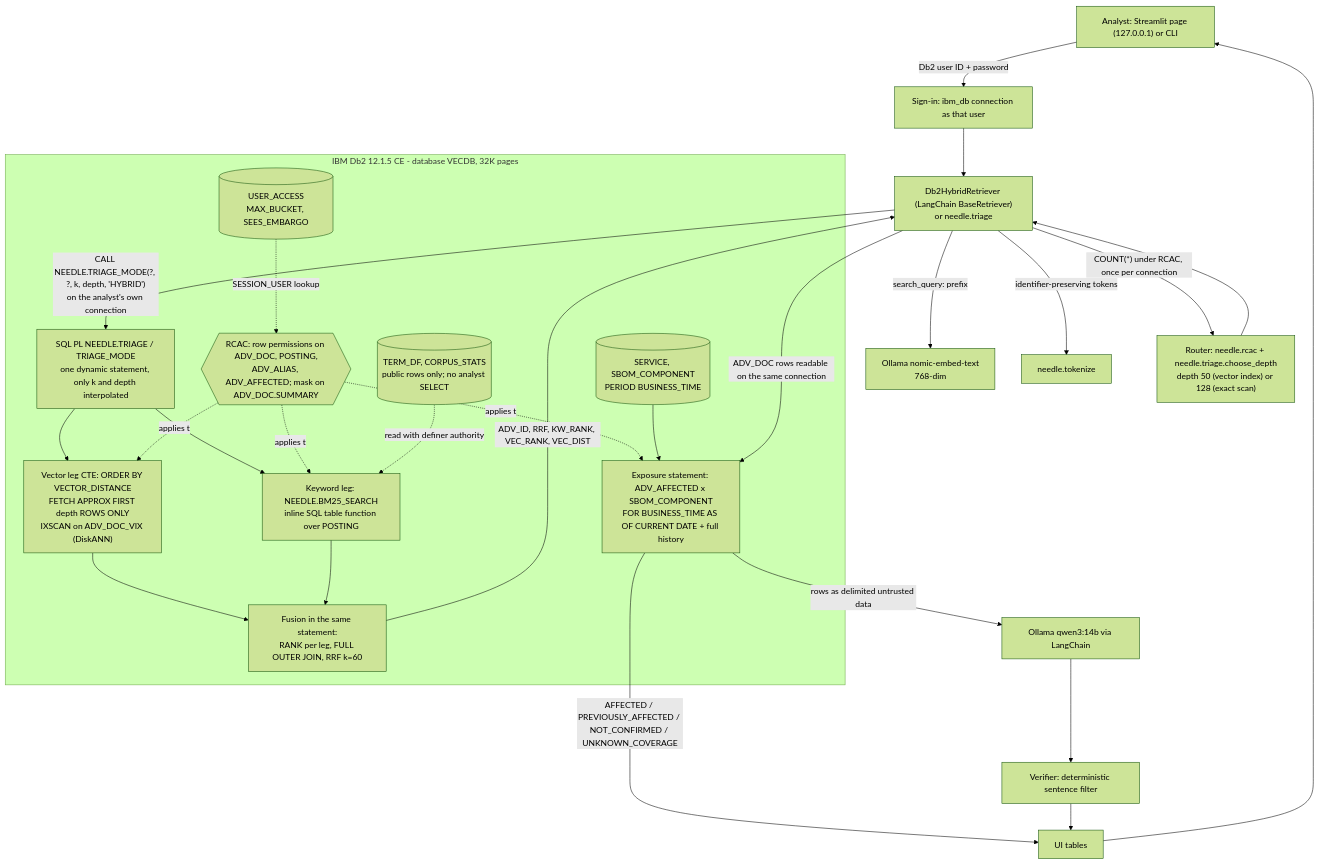
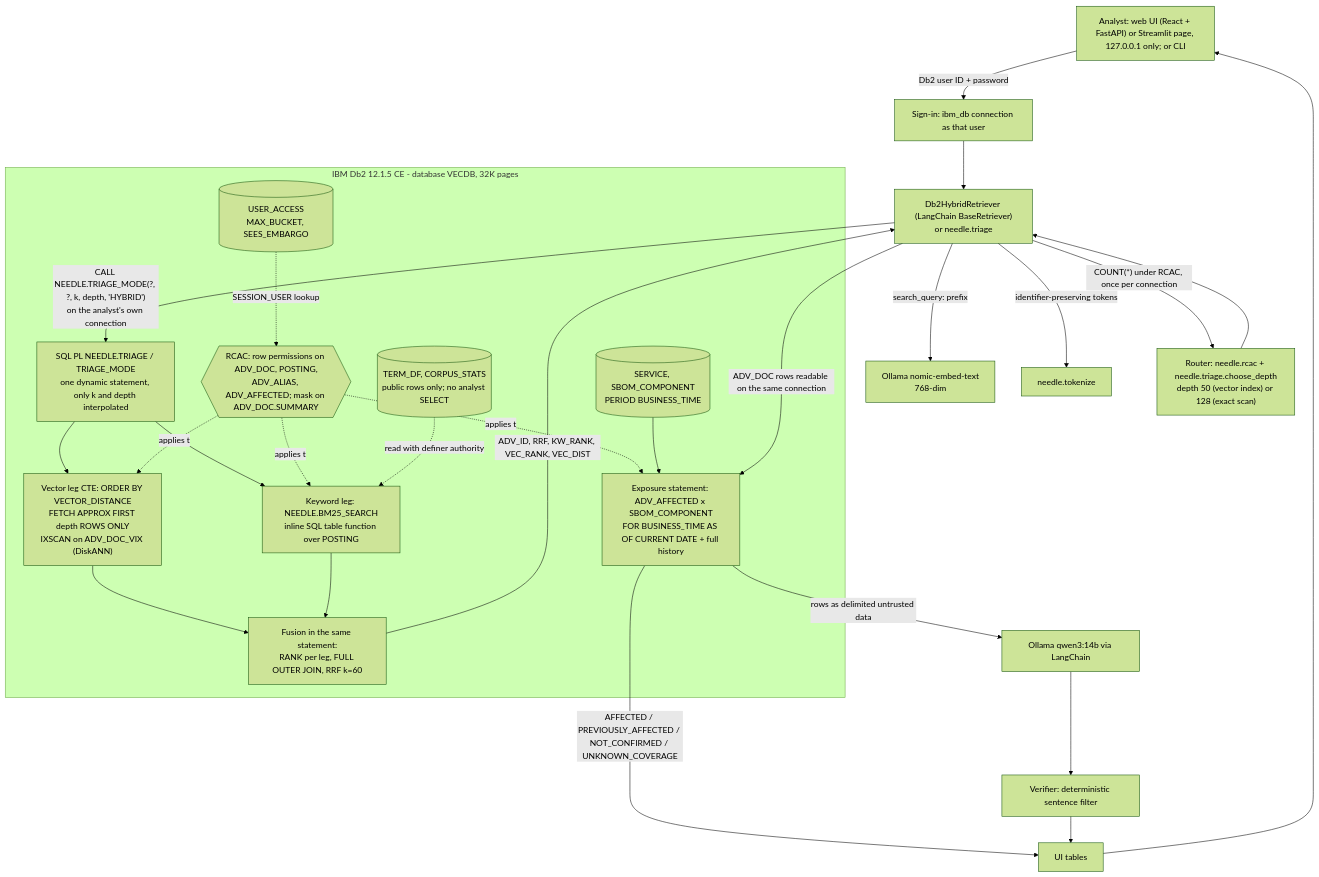
One commit to wiiqz/IBM2026 changed the first of 2 diagrams in needle/architecture.md. Above: the diagram before and after it, drawn with Mermaid (forest theme). The commit also changed other lines of this file and 11 other files, not shown here.

First line of the commit message:
feat(needle): plan-cache proof in the Finding view, phone layout, README and architecture for the web UI

````diff
--- a/needle/architecture.md
+++ b/needle/architecture.md
@@ -26,31 +26,31 @@
 ```mermaid
 graph TD
-    U["Analyst: Streamlit page (127.0.0.1) or CLI"] -->|"Db2 user ID + password"| SI["Sign-in: ibm_db connection as that user"]
+    U["Analyst: web UI (React + FastAPI) or Streamlit page, 127.0.0.1 only; or CLI"] -->|"Db2 user ID + password"| SI["Sign-in: ibm_db connection as that user"]
     SI --> R["Db2HybridRetriever (LangChain BaseRetriever)<br/>or needle.triage"]
     R -->|"search_query: prefix"| OL["Ollama nomic-embed-text<br/>768-dim"]
     R -->|"identifier-preserving tokens"| TK["needle.tokenize"]
     R -->|"COUNT(*) under RCAC, once per connection"| RT["Router: needle.rcac + needle.triage.choose_depth<br/>depth 50 (vector index) or 128 (exact scan)"]
     RT --> R
     R -->|"CALL NEEDLE.TRIAGE_MODE(?, ?, k, depth, 'HYBRID')<br/>on the analyst's own connection"| T
     subgraph DB["IBM Db2 12.1.5 CE - database VECDB, 32K pages"]
       T["SQL PL NEEDLE.TRIAGE / TRIAGE_MODE<br/>one dynamic statement, only k and depth interpolated"]
       T --> VL["Vector leg CTE: ORDER BY VECTOR_DISTANCE<br/>FETCH APPROX FIRST depth ROWS ONLY<br/>IXSCAN on ADV_DOC_VIX (DiskANN)"]
       T --> KW["Keyword leg: NEEDLE.BM25_SEARCH<br/>inline SQL table function over POSTING"]
       VL --> F["Fusion in the same statement:<br/>RANK per leg, FULL OUTER JOIN, RRF k=60"]
       KW --> F
       P{{"RCAC: row permissions on ADV_DOC, POSTING,<br/>ADV_ALIAS, ADV_AFFECTED; mask on ADV_DOC.SUMMARY"}} -.applies to.-> VL
       P -.applies to.-> KW
       P -.applies to.-> X
       ST[("TERM_DF, CORPUS_STATS<br/>public rows only; no analyst SELECT")] -.read with definer authority.-> KW
       UA[("USER_ACCESS<br/>MAX_BUCKET, SEES_EMBARGO")] -.SESSION_USER lookup.-> P
       X["Exposure statement: ADV_AFFECTED x SBOM_COMPONENT<br/>FOR BUSINESS_TIME AS OF CURRENT DATE + full history"]
       SB[("SERVICE, SBOM_COMPONENT<br/>PERIOD BUSINESS_TIME")] --> X
     end
     F -->|"ADV_ID, RRF, KW_RANK, VEC_RANK, VEC_DIST"| R
     R -->|"ADV_DOC rows readable on the same connection"| X
     X -->|"AFFECTED / PREVIOUSLY_AFFECTED / NOT_CONFIRMED / UNKNOWN_COVERAGE"| UI2["UI tables"]
     X -->|"rows as delimited untrusted data"| LLM["Ollama qwen3:14b via LangChain"]
     LLM --> V["Verifier: deterministic sentence filter"]
     V --> UI2
     UI2 --> U
 ```
````
